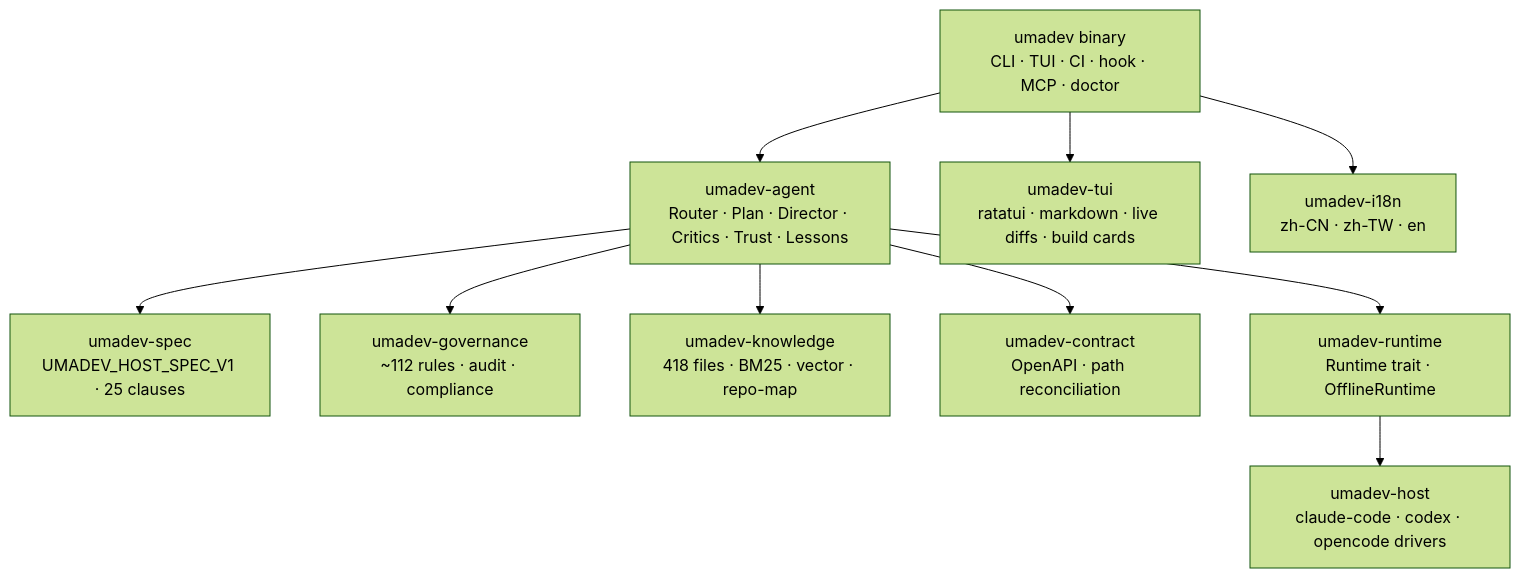
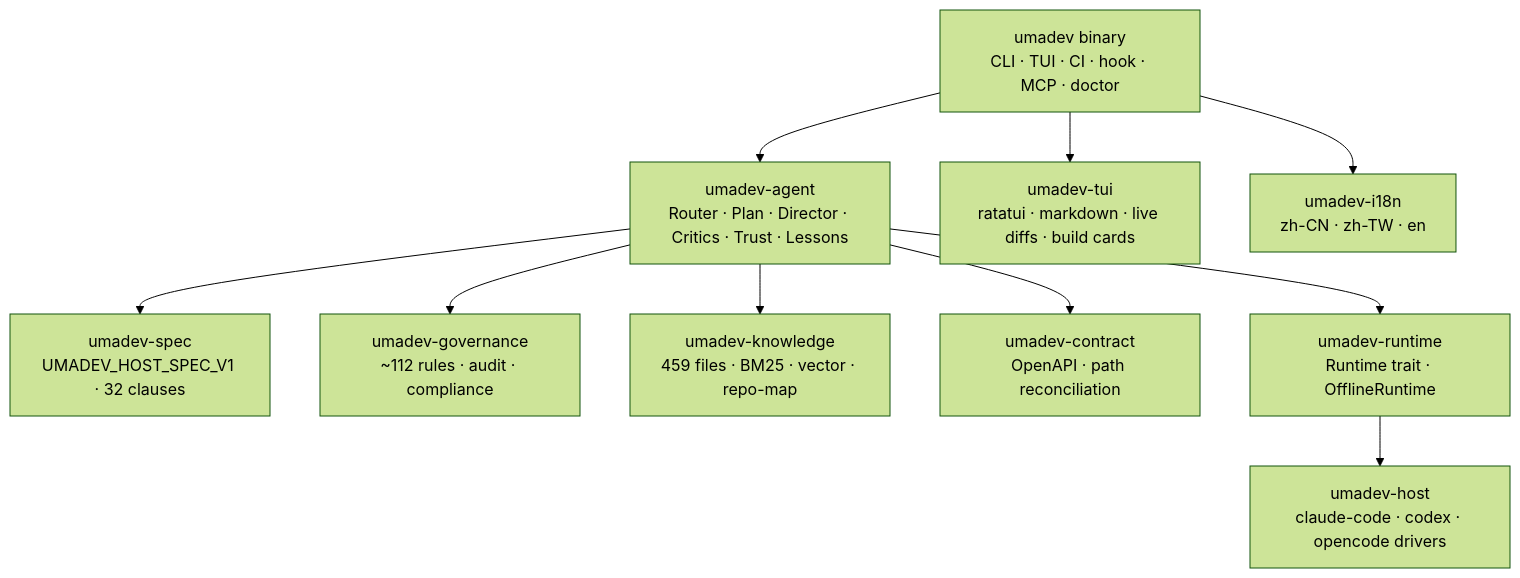
The seventh of 7 diagrams in README.md (umacloud/umadev), drawn with Mermaid (forest theme) before and after one commit. The commit also changed other lines of this file and 4 other files, not shown here.

````diff
--- a/README.md
+++ b/README.md
@@ -729,16 +757,16 @@
 ```mermaid
 flowchart TB
     Binary["umadev binary<br/>CLI · TUI · CI · hook · MCP · doctor"]
 
     Binary --> Agent["umadev-agent<br/>Router · Plan · Director · Critics · Trust · Lessons"]
     Binary --> TUI["umadev-tui<br/>ratatui · markdown · live diffs · build cards"]
     Binary --> I18N["umadev-i18n<br/>zh-CN · zh-TW · en"]
 
-    Agent --> Spec["umadev-spec<br/>UMADEV_HOST_SPEC_V1 · 25 clauses"]
+    Agent --> Spec["umadev-spec<br/>UMADEV_HOST_SPEC_V1 · 32 clauses"]
     Agent --> Governance["umadev-governance<br/>~112 rules · audit · compliance"]
-    Agent --> Knowledge["umadev-knowledge<br/>418 files · BM25 · vector · repo-map"]
+    Agent --> Knowledge["umadev-knowledge<br/>459 files · BM25 · vector · repo-map"]
     Agent --> Contract["umadev-contract<br/>OpenAPI · path reconciliation"]
     Agent --> Runtime["umadev-runtime<br/>Runtime trait · OfflineRuntime"]
 
     Runtime --> Host["umadev-host<br/>claude-code · codex · opencode drivers"]
 ```
````
